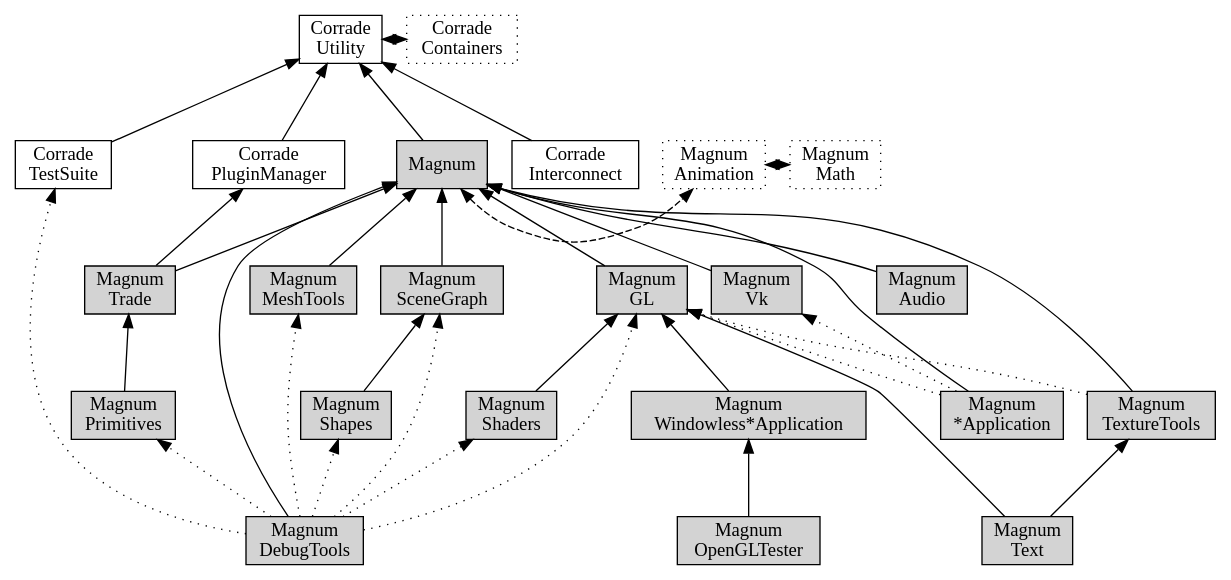
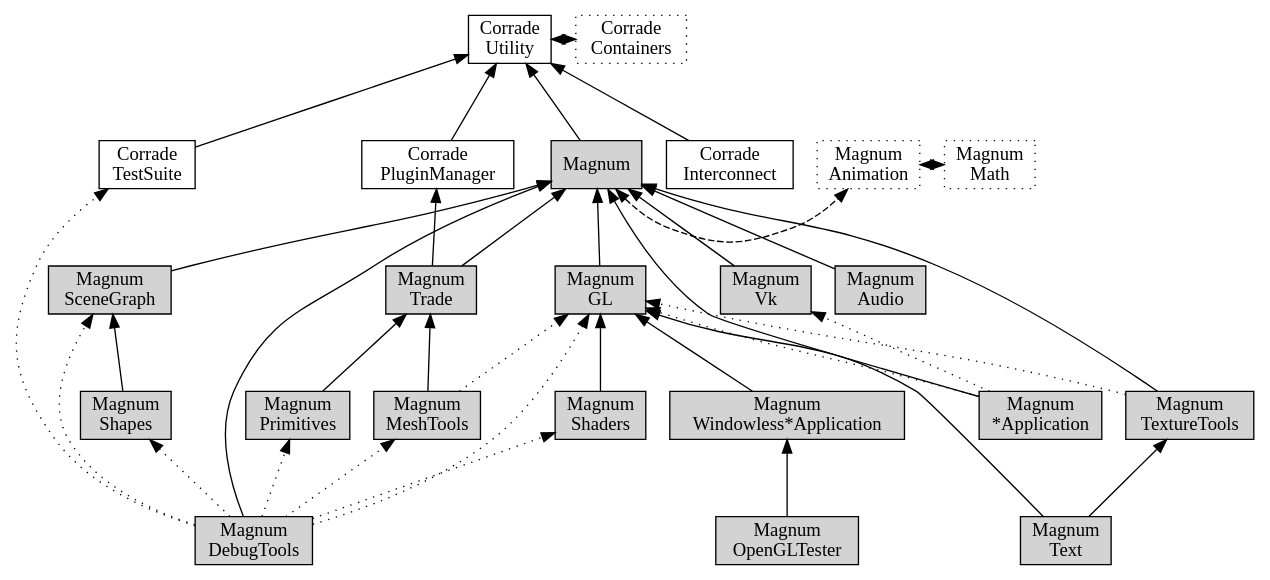
One commit to mosra/magnum changed the diagram in doc/custom-buildsystems-order.dot. Above: the diagram before and after it, drawn with Graphviz. The commit also changed 1 other file, not shown here.

```diff
--- a/doc/custom-buildsystems-order.dot
+++ b/doc/custom-buildsystems-order.dot
@@ -1,107 +1,108 @@
 /*
     This file is part of Magnum.
 
     Copyright © 2010, 2011, 2012, 2013, 2014, 2015, 2016, 2017, 2018, 2019
               Vladimír Vondruš <mosra@centrum.cz>
 
     Permission is hereby granted, free of charge, to any person obtaining a
     copy of this software and associated documentation files (the "Software"),
     to deal in the Software without restriction, including without limitation
     the rights to use, copy, modify, merge, publish, distribute, sublicense,
     and/or sell copies of the Software, and to permit persons to whom the
     Software is furnished to do so, subject to the following conditions:
 
     The above copyright notice and this permission notice shall be included
     in all copies or substantial portions of the Software.
 
     THE SOFTWARE IS PROVIDED "AS IS", WITHOUT WARRANTY OF ANY KIND, EXPRESS OR
     IMPLIED, INCLUDING BUT NOT LIMITED TO THE WARRANTIES OF MERCHANTABILITY,
     FITNESS FOR A PARTICULAR PURPOSE AND NONINFRINGEMENT. IN NO EVENT SHALL
     THE AUTHORS OR COPYRIGHT HOLDERS BE LIABLE FOR ANY CLAIM, DAMAGES OR OTHER
     LIABILITY, WHETHER IN AN ACTION OF CONTRACT, TORT OR OTHERWISE, ARISING
     FROM, OUT OF OR IN CONNECTION WITH THE SOFTWARE OR THE USE OR OTHER
     DEALINGS IN THE SOFTWARE.
 */
 
 digraph "Magnum library dependency order" {
     rankdir=BT
     ranksep=0.8
     node [style=filled shape=rect margin="0.03,0.03"]
 
     CorradeUtility [style=solid label="Corrade\nUtility" class="m-primary"]
     CorradeContainers [style=solid label="Corrade\nContainers" class="m-primary" style=dotted]
     CorradePluginManager [style=solid label="Corrade\nPluginManager" class="m-info"]
     CorradeInterconnect [style=solid label="Corrade\nInterconnect" class="m-info"]
     CorradeTestSuite [style=solid label="Corrade\nTestSuite" class="m-info"]
 
     Magnum [class="m-primary"]
     MagnumAnimation [label="Magnum\nAnimation" class="m-primary" style=dotted]
     MagnumAudio [label="Magnum\nAudio" class="m-info"]
     MagnumDebugTools [label="Magnum\nDebugTools" class="m-info"]
     MagnumGL [label="Magnum\nGL" class="m-info"]
     MagnumMath [label="Magnum\nMath" class="m-primary" style=dotted]
     MagnumMeshTools [label="Magnum\nMeshTools" class="m-info"]
     MagnumOpenGLTester [label="Magnum\nOpenGLTester" class="m-info"]
     MagnumPrimitives [label="Magnum\nPrimitives" class="m-info"]
     MagnumSceneGraph [label="Magnum\nSceneGraph" class="m-info"]
     MagnumShaders [label="Magnum\nShaders" class="m-info"]
     MagnumShapes [label="Magnum\nShapes" class="m-dim"]
     MagnumText [label="Magnum\nText" class="m-info"]
     MagnumTextureTools [label="Magnum\nTextureTools" class="m-info"]
     MagnumTrade [label="Magnum\nTrade" class="m-info"]
     MagnumVk [label="Magnum\nVk" class="m-info"]
 
     MagnumApplication [label="Magnum\n*Application" class="m-info"]
     MagnumWindowlessApplication [label="Magnum\nWindowless*Application" class="m-info"]
 
     CorradeUtility -> CorradeContainers [dir=both style=dashed class="m-primary"]
     {rank=same CorradeUtility CorradeContainers}
     CorradePluginManager -> CorradeUtility [class="m-info"]
     CorradeInterconnect -> CorradeUtility [class="m-info"]
     CorradeTestSuite -> CorradeUtility [class="m-info"]
 
     {rank=same Magnum -> MagnumAnimation -> MagnumMath [dir=both style=dashed]}
     Magnum -> CorradeUtility
 
     MagnumAudio -> Magnum
 
     MagnumDebugTools -> CorradeTestSuite [style=dotted]
     MagnumDebugTools -> Magnum
     MagnumDebugTools -> MagnumGL [style=dotted]
     MagnumDebugTools -> MagnumMeshTools [style=dotted]
     MagnumDebugTools -> MagnumPrimitives [style=dotted]
     MagnumDebugTools -> MagnumShaders [style=dotted]
     MagnumDebugTools -> MagnumShapes [style=dotted class="m-dim"]
     MagnumDebugTools -> MagnumSceneGraph [style=dotted]
 
     MagnumGL -> Magnum
 
-    MagnumMeshTools -> Magnum
+    MagnumMeshTools -> MagnumTrade
+    MagnumMeshTools -> MagnumGL [style=dotted]
 
     MagnumOpenGLTester -> MagnumWindowlessApplication
 
     MagnumPrimitives -> MagnumTrade
 
     MagnumSceneGraph -> Magnum
 
     MagnumShaders -> MagnumGL
 
     MagnumShapes -> MagnumSceneGraph [class="m-dim"]
 
     MagnumText -> MagnumTextureTools
     MagnumText -> MagnumGL
 
     MagnumTextureTools -> Magnum
     MagnumTextureTools -> MagnumGL [style=dotted]
 
     MagnumTrade -> Magnum
     MagnumTrade -> CorradePluginManager
 
     MagnumVk -> Magnum
 
     MagnumApplication -> Magnum
     MagnumApplication -> MagnumGL [style=dotted]
     MagnumApplication -> MagnumVk [style=dotted]
 
     MagnumWindowlessApplication -> MagnumGL
 }
```
